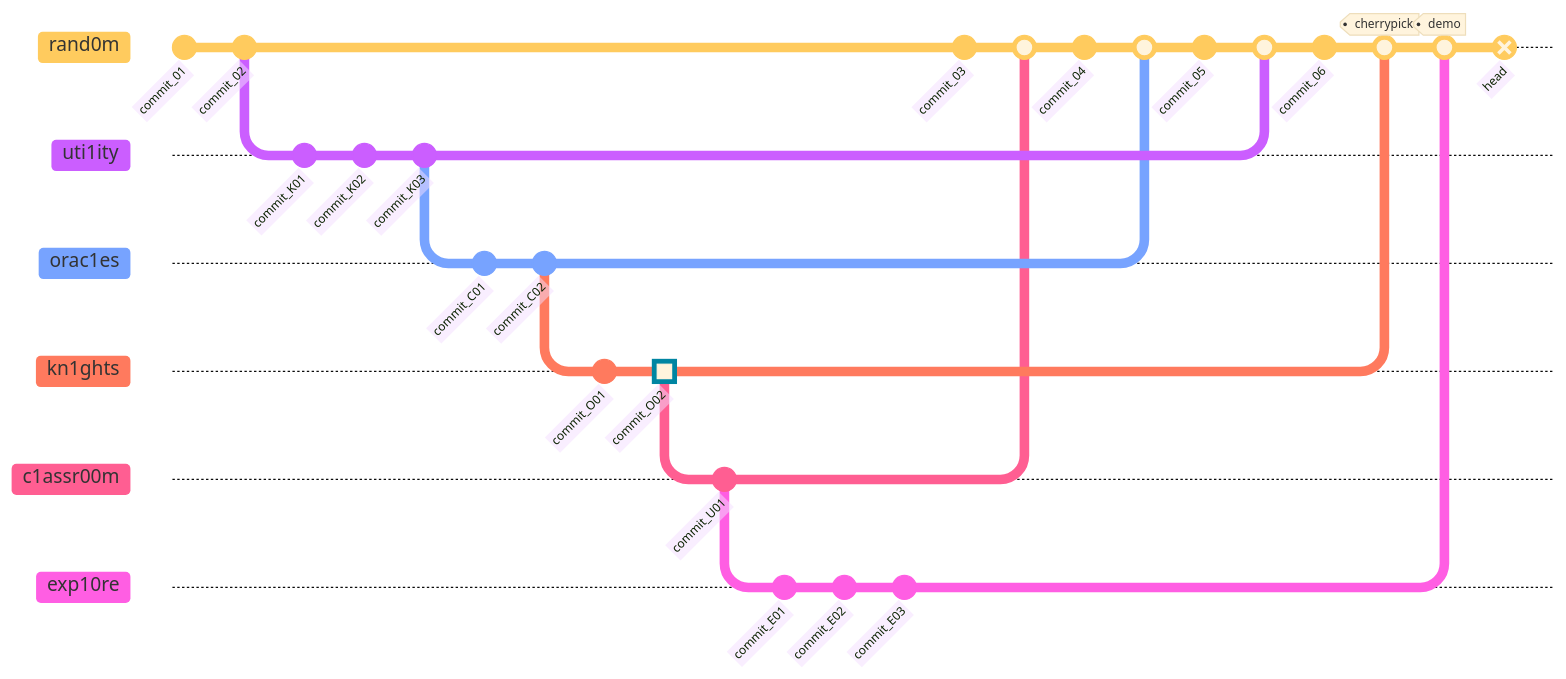
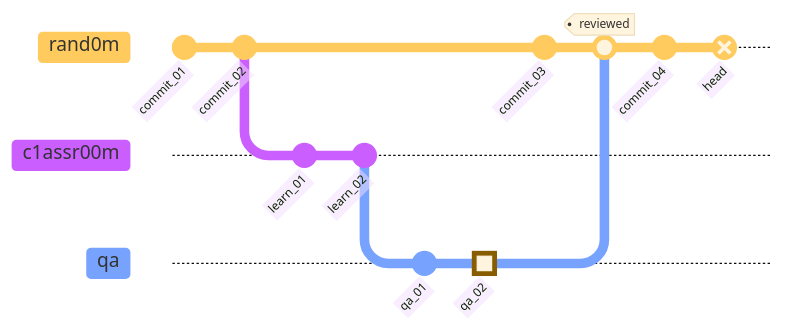
One commit to random-knights/abc changed the first of 2 diagrams in apps/_c1assr00m/README.md. Above: the diagram before and after it, drawn with Mermaid. The commit also changed other lines of this file and 35 other files, not shown here.

````diff
--- a/apps/_c1assr00m/README.md
+++ b/apps/_c1assr00m/README.md
@@ -201,45 +184,24 @@
 ```mermaid
 %%{init: { 'logLevel': 'debug', 'theme': 'base', 'gitGraph': {'showBranches': true, 'showCommitLabel': true, 'mainBranchName': 'rand0m'} } }%%
 gitGraph
     %% rand0m (AI shell / PROD)
     commit id:"commit_01"
     commit id:"commit_02"
 
-    %% Core feeder repos (ordered)
-    branch uti1ity
-    commit id:"commit_K01"
-    commit id:"commit_K02"
-    commit id:"commit_K03"
+    %% Classroom and QA paths
+    branch c1assr00m
+    commit id:"learn_01"
+    commit id:"learn_02"
 
-    branch orac1es
-    commit id:"commit_C01"
-    commit id:"commit_C02"
+    branch qa
+    commit id:"qa_01"
+    commit type:HIGHLIGHT id:"qa_02"
 
-    branch kn1ghts
-    commit id:"commit_O01"
-    commit type:HIGHLIGHT id:"commit_O02"
-
-    %% Experimental / learning repos
-    branch c1assr00m
-    commit id:"commit_U01"
-
-    %% Demo / testing repo (LAST, spans everything)
-    branch exp10re
-    commit id:"commit_E01"
-    commit id:"commit_E02"
-    commit id:"commit_E03"
-
-    %% Back to rand0m – controlled integrations
+    %% Back to rand0m – reviewed integrations only
     checkout rand0m
     commit id:"commit_03"
-    merge c1assr00m
+    merge qa tag:"reviewed"
     commit id:"commit_04"
-    merge orac1es
-    commit id:"commit_05"
-    merge uti1ity
-    commit id:"commit_06"
-    merge kn1ghts tag:"cherrypick"
-    merge exp10re tag:"demo"
 
     commit type:REVERSE id:"head"
 ```
````
